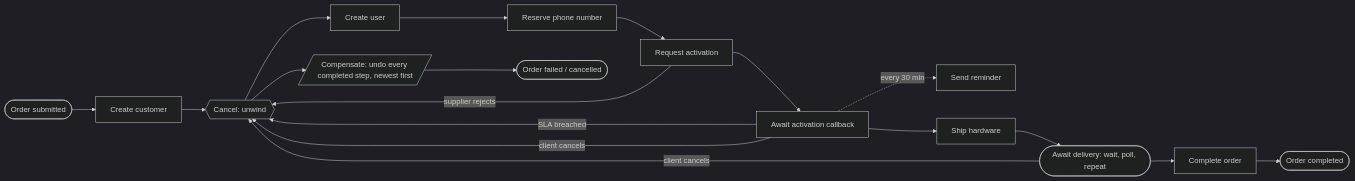
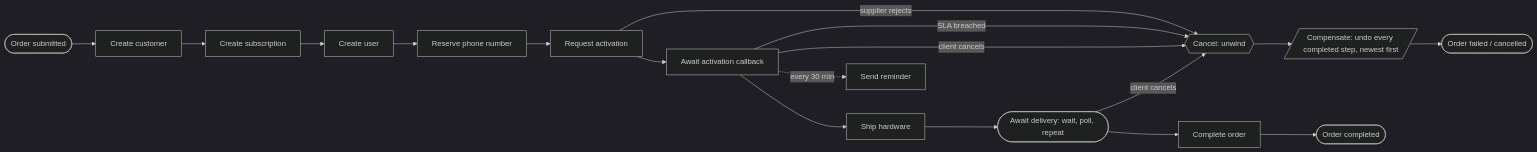
One commit to Serg-Maximchuk/workflow_orchestrator_test changed the diagram in README.md. Above: the diagram before and after it, drawn with Mermaid (dark theme). The commit also changed other lines of this file, not shown here.

````diff
--- a/README.md
+++ b/README.md
@@ -54,20 +58,20 @@
 ```mermaid
 flowchart LR
     A([Order submitted]) --> B[Create customer]
     B --> C[Create subscription]
     C --> D[Create user]
     D --> E[Reserve phone number]
     E --> F[Request activation]
-    F -->|supplier rejects| C{{Cancel: unwind}}
+    F -->|supplier rejects| X{{Cancel: unwind}}
     F --> G[Await activation callback]
-    G -->|SLA breached| C
-    G -->|client cancels| C
+    G -->|SLA breached| X
+    G -->|client cancels| X
     G -.->|every 30 min| R[Send reminder]
     G --> H[Ship hardware]
     H --> W(["Await delivery: wait, poll, repeat"])
-    W -->|client cancels| C
+    W -->|client cancels| X
     W --> Z[Complete order]
-    C --> U[/"Compensate: undo every completed step, newest first"/]
+    X --> U[/"Compensate: undo every completed step, newest first"/]
     U --> XE([Order failed / cancelled])
     Z --> ZE([Order completed])
 ```
````
